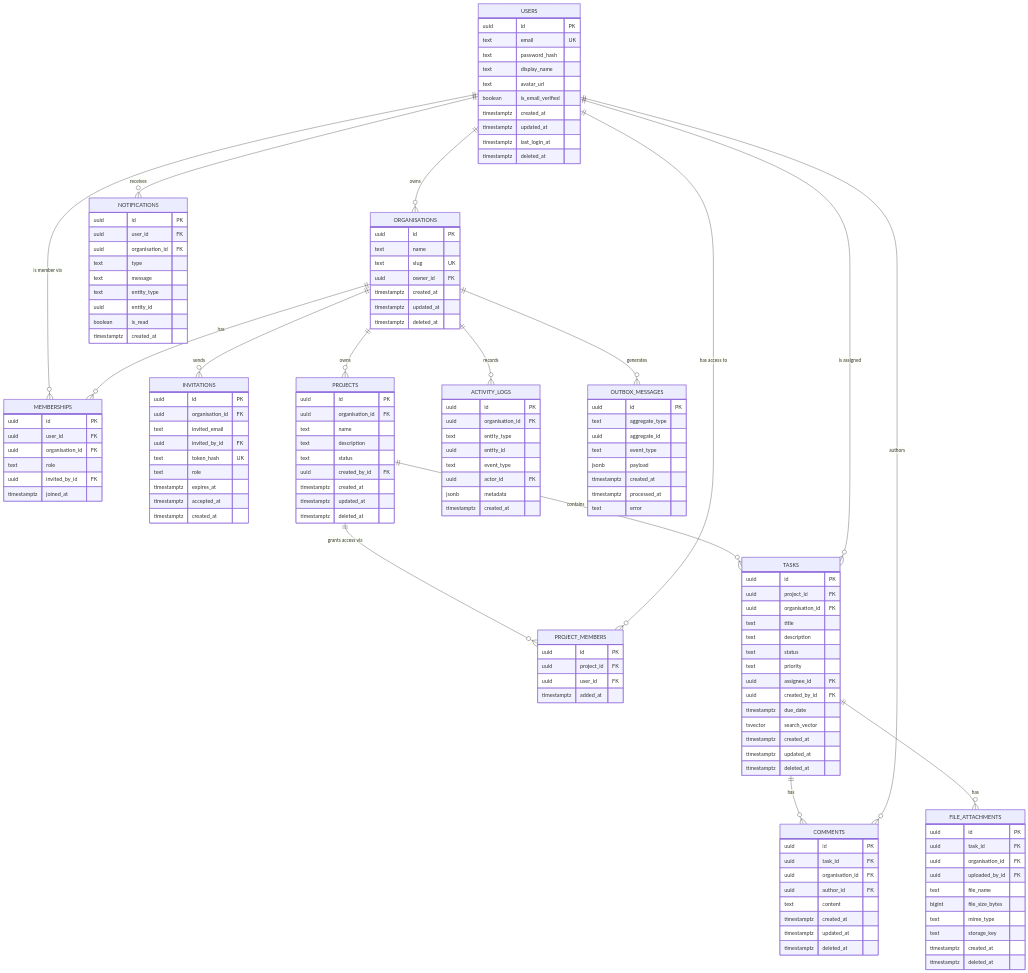
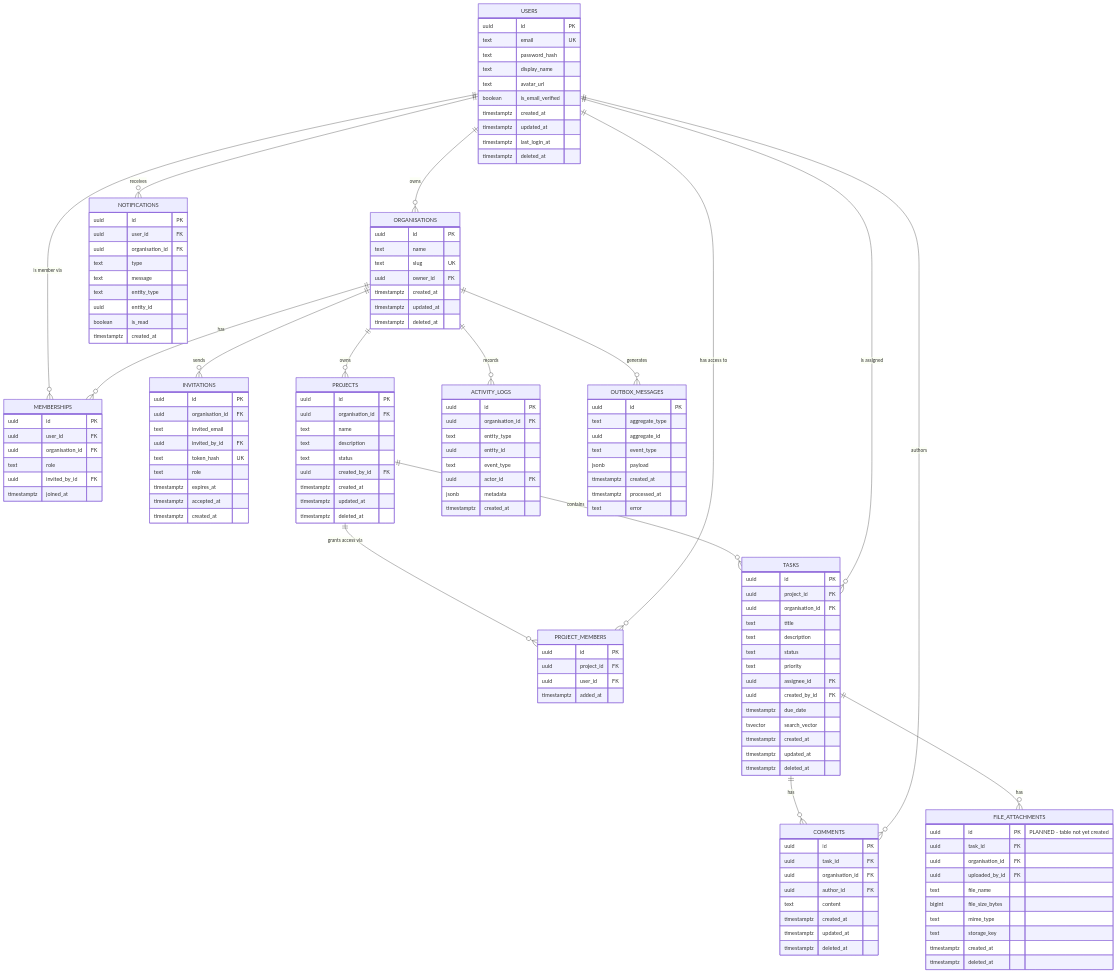
The eighth of 12 diagrams in docs/architecture-diagrams.md (mistuhk/FlowBoard), drawn with Mermaid before and after one commit. The commit also changed other lines of this file and 3 other files, not shown here.

```diff
--- a/docs/architecture-diagrams.md
+++ b/docs/architecture-diagrams.md
@@ -433,7 +437,7 @@
     }
 
     FILE_ATTACHMENTS {
-        uuid id PK
+        uuid id PK "PLANNED - table not yet created"
         uuid task_id FK
         uuid organisation_id FK
         uuid uploaded_by_id FK
```
